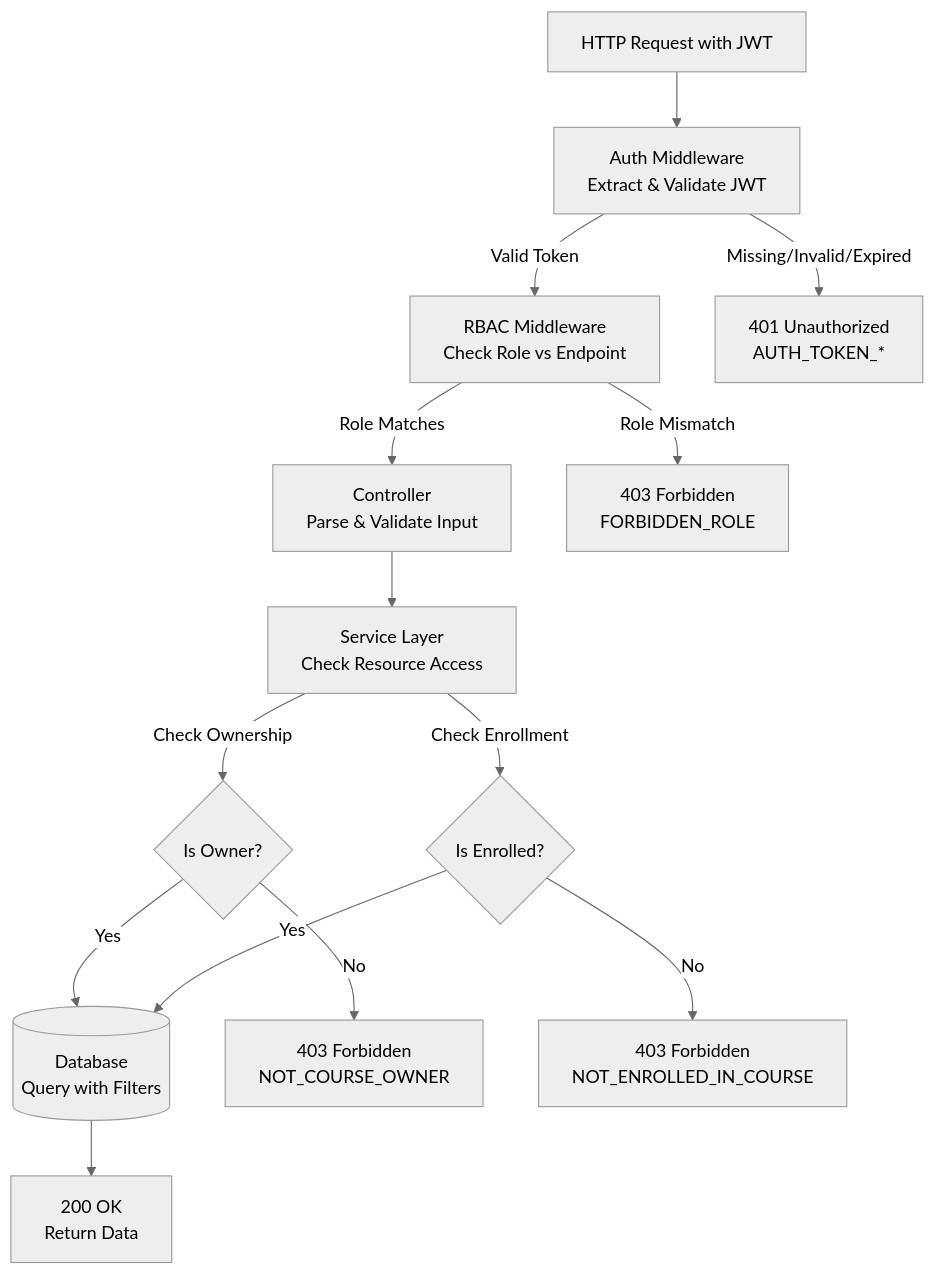
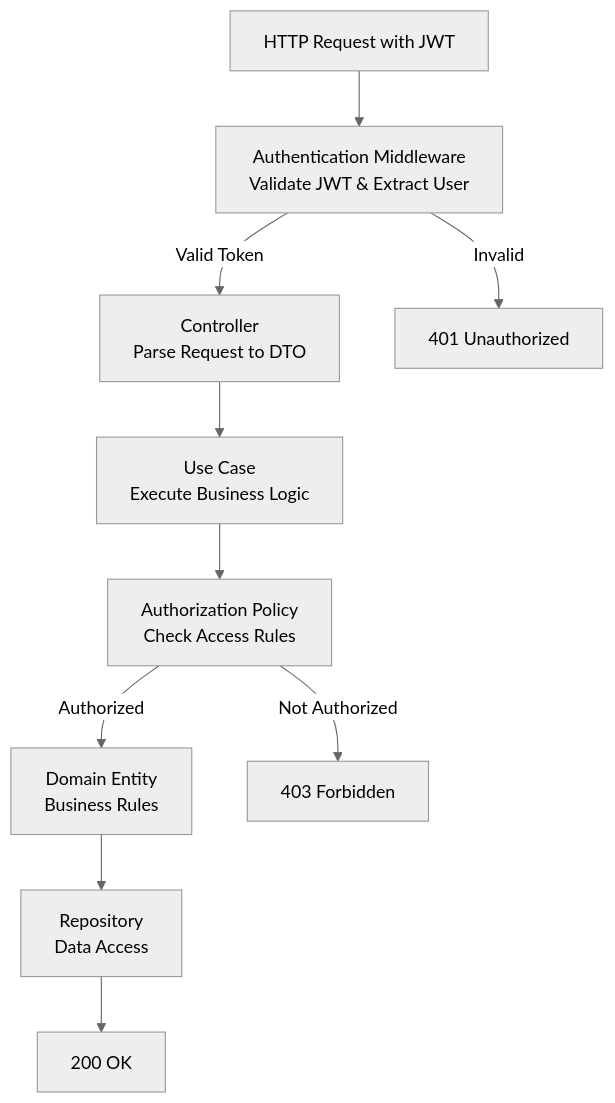
One commit to JoelSiahaan/Specify changed the third of 3 diagrams in .kiro/specs/core-lms/design.md. Above: the diagram before and after it, drawn with Mermaid (neutral theme). The commit also changed other lines of this file, not shown here.

Commit message:
refactor: change design into clean architecture

````diff
--- a/.kiro/specs/core-lms/design.md
+++ b/.kiro/specs/core-lms/design.md
@@ -176,29 +311,22 @@
 ```mermaid
 graph TB
     Request[HTTP Request with JWT]
-    Auth[Auth Middleware<br/>Extract & Validate JWT]
-    RBAC[RBAC Middleware<br/>Check Role vs Endpoint]
-    Controller[Controller<br/>Parse & Validate Input]
-    Service[Service Layer<br/>Check Resource Access]
-    DB[(Database<br/>Query with Filters)]
+    AuthMiddleware[Authentication Middleware<br/>Validate JWT & Extract User]
+    Controller[Controller<br/>Parse Request to DTO]
+    UseCase[Use Case<br/>Execute Business Logic]
+    Policy[Authorization Policy<br/>Check Access Rules]
+    Domain[Domain Entity<br/>Business Rules]
+    Repo[Repository<br/>Data Access]
     
-    Request --> Auth
-    Auth -->|Valid Token| RBAC
-    Auth -->|Missing/Invalid/Expired| Reject1[401 Unauthorized<br/>AUTH_TOKEN_*]
+    Request --> AuthMiddleware
+    AuthMiddleware -->|Valid Token| Controller
+    AuthMiddleware -->|Invalid| Reject1[401 Unauthorized]
     
-    RBAC -->|Role Matches| Controller
-    RBAC -->|Role Mismatch| Reject2[403 Forbidden<br/>FORBIDDEN_ROLE]
+    Controller --> UseCase
+    UseCase --> Policy
+    Policy -->|Authorized| Domain
+    Policy -->|Not Authorized| Reject2[403 Forbidden]
     
-    Controller --> Service
-    
-    Service -->|Check Ownership| OwnerCheck{Is Owner?}
-    Service -->|Check Enrollment| EnrollCheck{Is Enrolled?}
-    
-    OwnerCheck -->|Yes| DB
-    OwnerCheck -->|No| Reject3[403 Forbidden<br/>NOT_COURSE_OWNER]
-    
-    EnrollCheck -->|Yes| DB
-    EnrollCheck -->|No| Reject4[403 Forbidden<br/>NOT_ENROLLED_IN_COURSE]
-    
-    DB --> Response[200 OK<br/>Return Data]
+    Domain --> Repo
+    Repo --> Response[200 OK]
 ```
````
